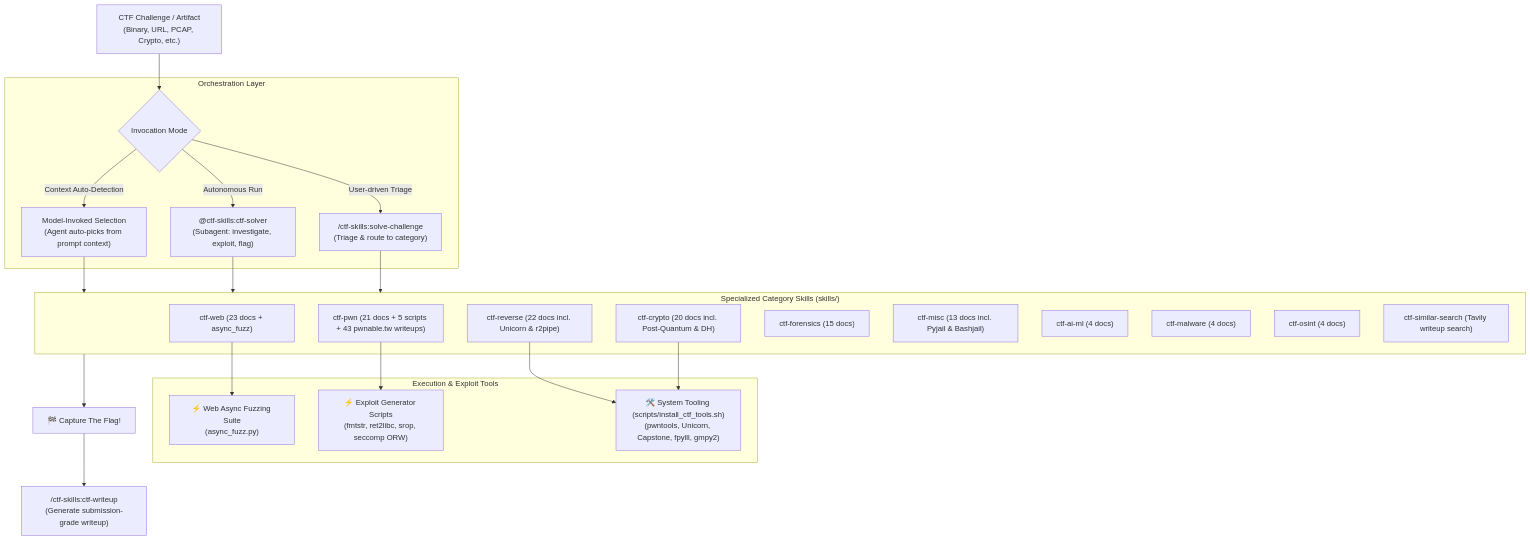
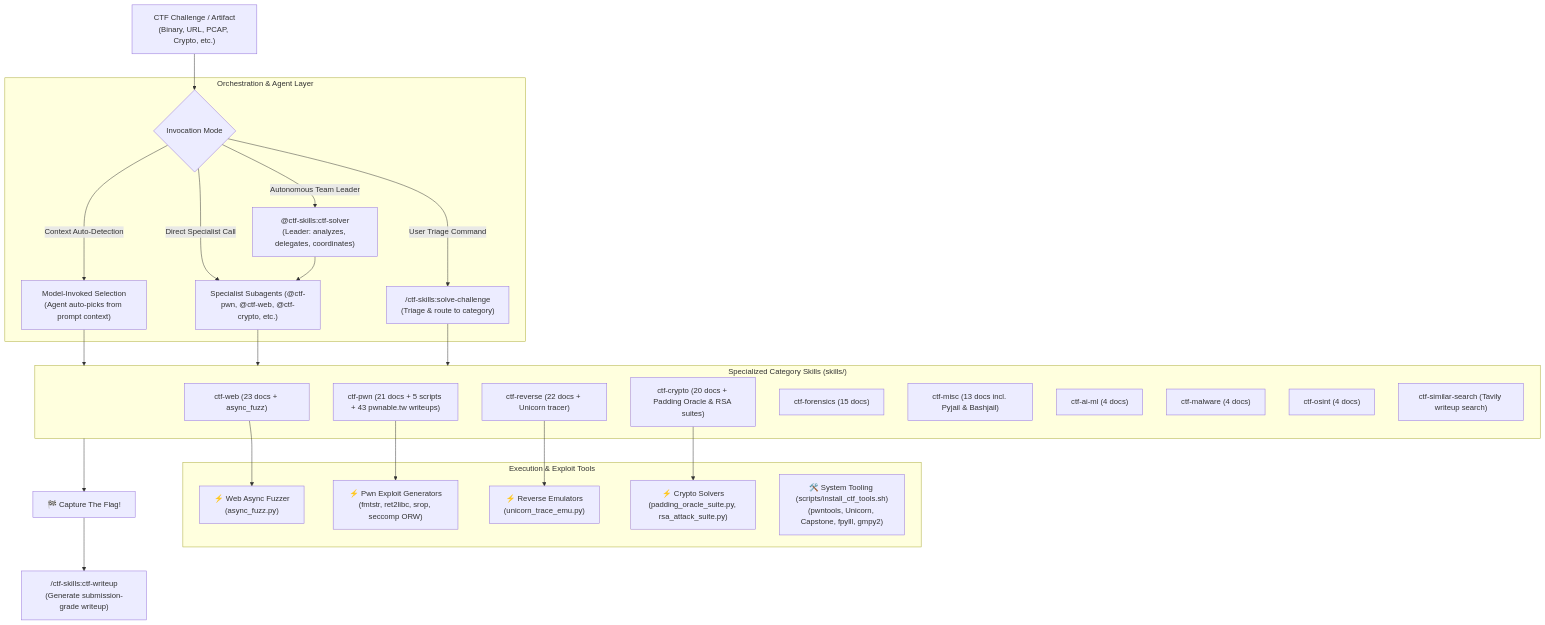
Before and after one commit to naravid19/claude-ctf-skills: the diagram in README.md, drawn with Mermaid. The commit also changed other lines of this file and 4 other files, not shown here.

````diff
--- a/README.md
+++ b/README.md
@@ -19,41 +20,45 @@
 ```mermaid
 flowchart TD
     Target["CTF Challenge / Artifact\n(Binary, URL, PCAP, Crypto, etc.)"] --> ModeSelect{"Invocation Mode"}
 
-    subgraph Orchestration ["Orchestration Layer"]
-        ModeSelect -->|User-driven Triage| Triage["/ctf-skills:solve-challenge\n(Triage & route to category)"]
-        ModeSelect -->|Autonomous Run| Solver["@ctf-skills:ctf-solver\n(Subagent: investigate, exploit, flag)"]
+    subgraph Orchestration ["Orchestration & Agent Layer"]
+        ModeSelect -->|User Triage Command| Triage["/ctf-skills:solve-challenge\n(Triage & route to category)"]
+        ModeSelect -->|Autonomous Team Leader| Solver["@ctf-skills:ctf-solver\n(Leader: analyzes, delegates, coordinates)"]
+        ModeSelect -->|Direct Specialist Call| Specialists["Specialist Subagents (@ctf-pwn, @ctf-web, @ctf-crypto, etc.)"]
         ModeSelect -->|Context Auto-Detection| ModelSelect["Model-Invoked Selection\n(Agent auto-picks from prompt context)"]
     end
 
+    Solver --> Specialists
     Triage --> CategorySkills
-    Solver --> CategorySkills
+    Specialists --> CategorySkills
     ModelSelect --> CategorySkills
 
     subgraph CategorySkills ["Specialized Category Skills (skills/)"]
         Web["ctf-web (23 docs + async_fuzz)"]
         Pwn["ctf-pwn (21 docs + 5 scripts + 43 pwnable.tw writeups)"]
-        Reverse["ctf-reverse (22 docs incl. Unicorn & r2pipe)"]
-        Crypto["ctf-crypto (20 docs incl. Post-Quantum & DH)"]
+        Reverse["ctf-reverse (22 docs + Unicorn tracer)"]
+        Crypto["ctf-crypto (20 docs + Padding Oracle & RSA suites)"]
         Forensics["ctf-forensics (15 docs)"]
         Misc["ctf-misc (13 docs incl. Pyjail & Bashjail)"]
         AIML["ctf-ai-ml (4 docs)"]
         Malware["ctf-malware (4 docs)"]
         OSINT["ctf-osint (4 docs)"]
         SimilarSearch["ctf-similar-search (Tavily writeup search)"]
     end
 
     subgraph ToolingLayer ["Execution & Exploit Tools"]
-        PwnScripts["⚡ Exploit Generator Scripts\n(fmtstr, ret2libc, srop, seccomp ORW)"]
-        WebScripts["⚡ Web Async Fuzzing Suite\n(async_fuzz.py)"]
+        PwnScripts["⚡ Pwn Exploit Generators\n(fmtstr, ret2libc, srop, seccomp ORW)"]
+        WebScripts["⚡ Web Async Fuzzer\n(async_fuzz.py)"]
+        CryptoScripts["⚡ Crypto Solvers\n(padding_oracle_suite.py, rsa_attack_suite.py)"]
+        ReverseScripts["⚡ Reverse Emulators\n(unicorn_trace_emu.py)"]
         EnvTools["🛠️ System Tooling (scripts/install_ctf_tools.sh)\n(pwntools, Unicorn, Capstone, fpylll, gmpy2)"]
     end
 
     Pwn --> PwnScripts
     Web --> WebScripts
-    Reverse --> EnvTools
-    Crypto --> EnvTools
+    Crypto --> CryptoScripts
+    Reverse --> ReverseScripts
 
     CategorySkills --> FlagFound["🏁 Capture The Flag!"]
     FlagFound --> Writeup["/ctf-skills:ctf-writeup\n(Generate submission-grade writeup)"]
 ```
````
